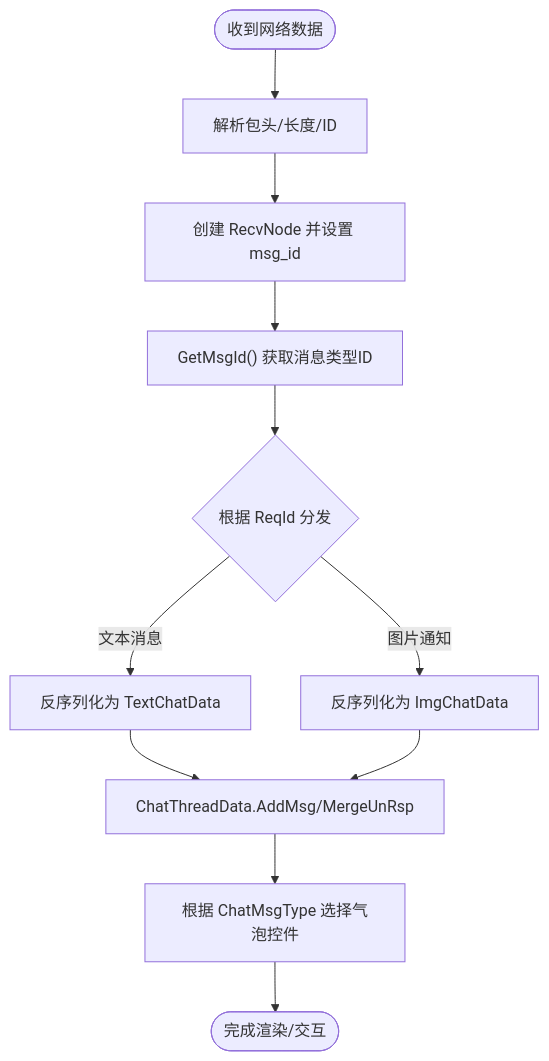
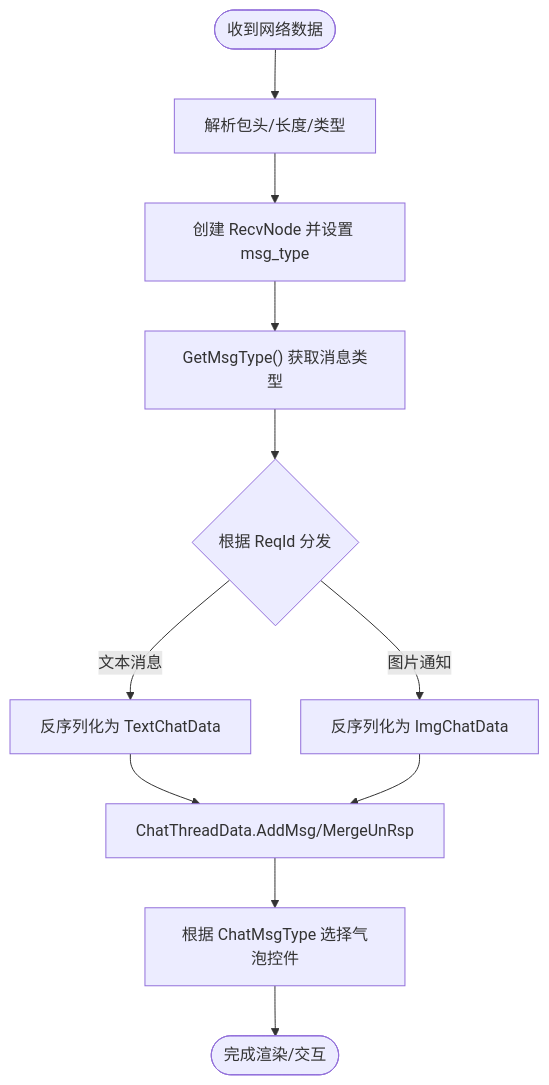
Before and after one commit to echo9923/mychatter: the sixth of 9 diagrams in .qoder/repowiki/zh/content/核心功能模块/聊天消息系统/消息类型系统.md, drawn with Mermaid. The commit also changed other lines of this file and 128 other files, not shown here.

First line of the commit message:
refactor(protocol): TCP 帧头消息类型 msg_id 全局改名为 msg_type

````diff
--- a/.qoder/repowiki/zh/content/核心功能模块/聊天消息系统/消息类型系统.md
+++ b/.qoder/repowiki/zh/content/核心功能模块/聊天消息系统/消息类型系统.md
@@ -333,13 +333,13 @@
 ```mermaid
 flowchart TD
-Start(["收到网络数据"]) --> ParseHeader["解析包头/长度/ID"]
-ParseHeader --> CreateNode["创建 RecvNode 并设置 msg_id"]
-CreateNode --> GetMsgId["GetMsgId() 获取消息类型ID"]
-GetMsgId --> Dispatch{"根据 ReqId 分发"}
+Start(["收到网络数据"]) --> ParseHeader["解析包头/长度/类型"]
+ParseHeader --> CreateNode["创建 RecvNode 并设置 msg_type"]
+CreateNode --> GetMsgType["GetMsgType() 获取消息类型"]
+GetMsgType --> Dispatch{"根据 ReqId 分发"}
 Dispatch --> |文本消息| ToText["反序列化为 TextChatData"]
 Dispatch --> |图片通知| ToImg["反序列化为 ImgChatData"]
 ToText --> ThreadAdd["ChatThreadData.AddMsg/MergeUnRsp"]
 ToImg --> ThreadAdd
 ThreadAdd --> UpdateUI["根据 ChatMsgType 选择气泡控件"]
 UpdateUI --> End(["完成渲染/交互"])
 ```
````
